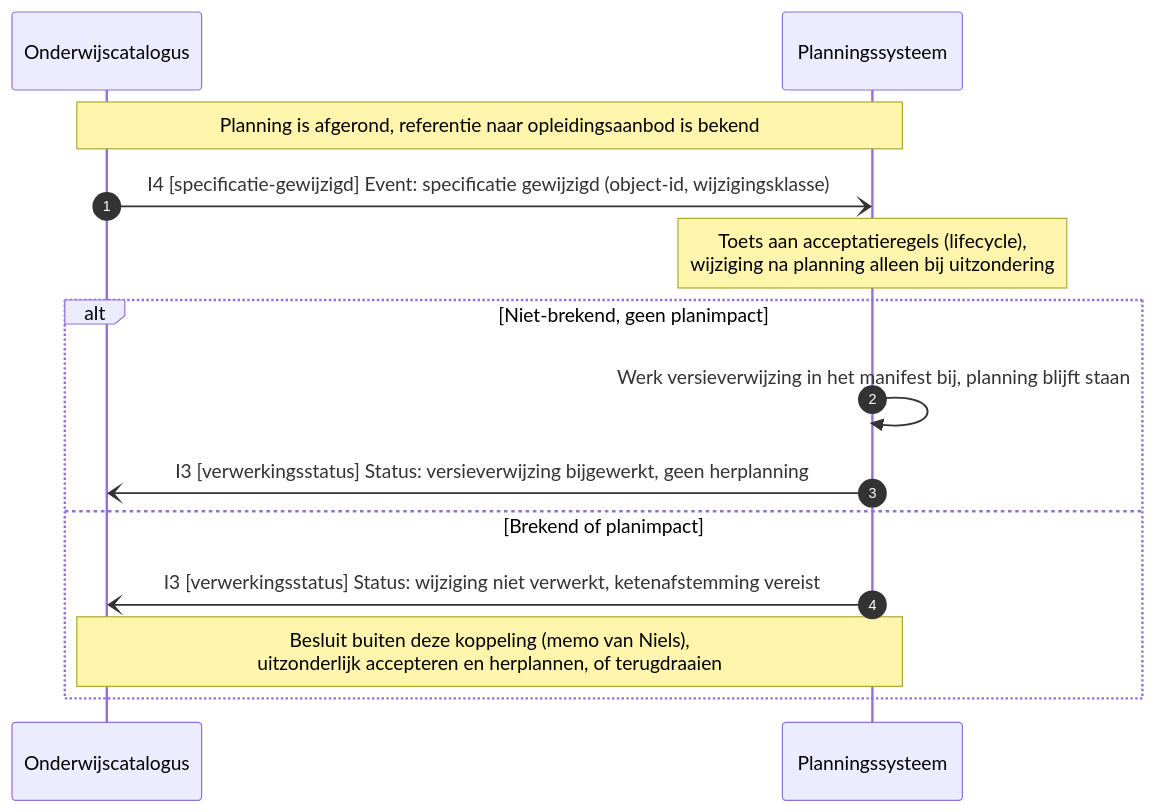
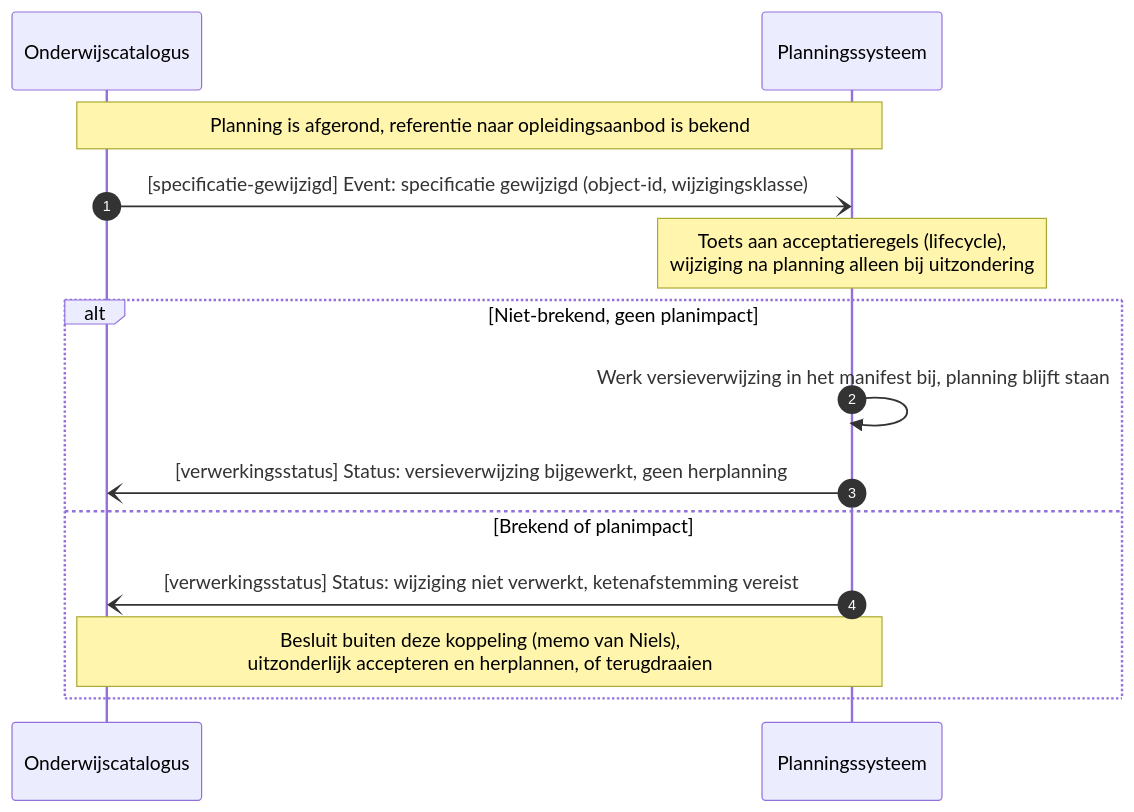
The fifth of 9 diagrams in Koppelvlakspecificaties/Koppelingspecificaties/onderwijscatalogus-planning-en-roostering.md (Npuls-OKx/Public), drawn with Mermaid before and after one commit. The commit also changed other lines of this file and 5 other files, not shown here.

````diff
--- a/Koppelvlakspecificaties/Koppelingspecificaties/onderwijscatalogus-planning-en-roostering.md
+++ b/Koppelvlakspecificaties/Koppelingspecificaties/onderwijscatalogus-planning-en-roostering.md
@@ -214,17 +178,17 @@
 ```mermaid
 sequenceDiagram
     autonumber
     participant Onderwijscatalogus
     participant Planningssysteem
 
     Note over Onderwijscatalogus,Planningssysteem: Planning is afgerond, referentie naar opleidingsaanbod is bekend
-    Onderwijscatalogus-)Planningssysteem: I4 [specificatie-gewijzigd] Event: specificatie gewijzigd (object-id, wijzigingsklasse)
+    Onderwijscatalogus-)Planningssysteem: [specificatie-gewijzigd] Event: specificatie gewijzigd (object-id, wijzigingsklasse)
     Note over Planningssysteem: Toets aan acceptatieregels (lifecycle),<br/>wijziging na planning alleen bij uitzondering
     alt Niet-brekend, geen planimpact
         Planningssysteem->>Planningssysteem: Werk versieverwijzing in het manifest bij, planning blijft staan
-        Planningssysteem-)Onderwijscatalogus: I3 [verwerkingsstatus] Status: versieverwijzing bijgewerkt, geen herplanning
+        Planningssysteem-)Onderwijscatalogus: [verwerkingsstatus] Status: versieverwijzing bijgewerkt, geen herplanning
     else Brekend of planimpact
-        Planningssysteem-)Onderwijscatalogus: I3 [verwerkingsstatus] Status: wijziging niet verwerkt, ketenafstemming vereist
+        Planningssysteem-)Onderwijscatalogus: [verwerkingsstatus] Status: wijziging niet verwerkt, ketenafstemming vereist
         Note over Onderwijscatalogus,Planningssysteem: Besluit buiten deze koppeling (memo van Niels),<br/>uitzonderlijk accepteren en herplannen, of terugdraaien
     end
 ```
````
